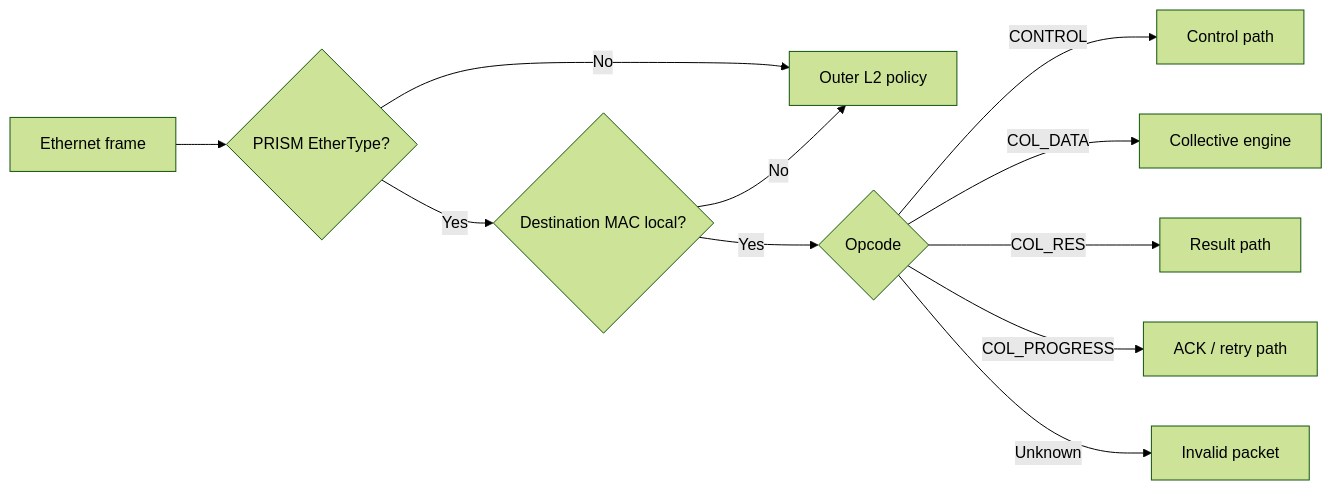
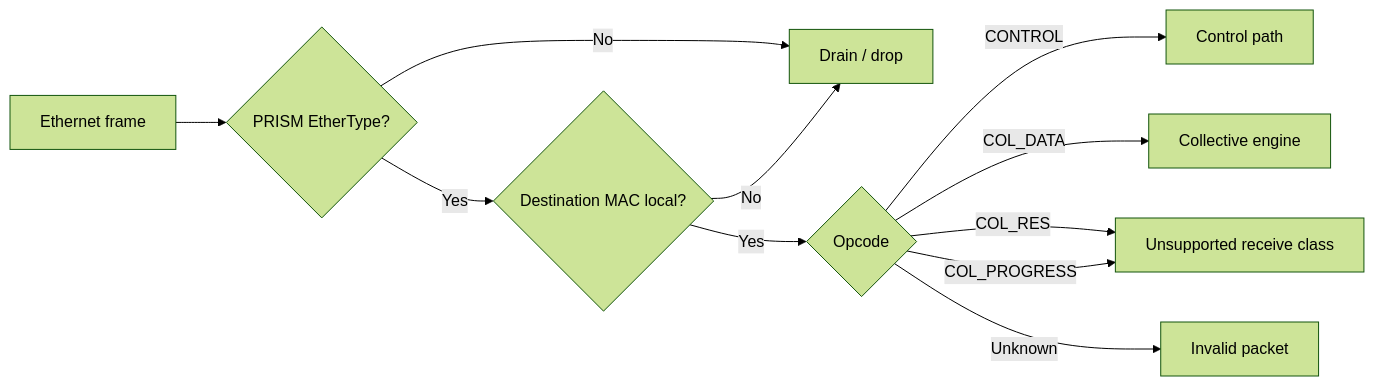
The first of 8 diagrams in docs/chapters/3-architecture/1.protocol.md (uniquadev/prism), drawn with Mermaid (forest theme) before and after one commit. The commit also changed other lines of this file and 227 other files, not shown here.

````diff
--- a/docs/chapters/3-architecture/1.protocol.md
+++ b/docs/chapters/3-architecture/1.protocol.md
@@ -46,13 +47,13 @@
 ```mermaid
 flowchart LR
     RX["Ethernet frame"] --> ET{"PRISM EtherType?"}
-    ET -->|No| L2["Outer L2 policy"]
+    ET -->|No| DROP["Drain / drop"]
     ET -->|Yes| OWN{"Destination MAC local?"}
-    OWN -->|No| L2
+    OWN -->|No| DROP
     OWN -->|Yes| OP{"Opcode"}
     OP -->|CONTROL| CTRL["Control path"]
     OP -->|COL_DATA| DATA["Collective engine"]
-    OP -->|COL_RES| RES["Result path"]
-    OP -->|COL_PROGRESS| ACK["ACK / retry path"]
+    OP -->|COL_RES| UNSUP["Unsupported receive class"]
+    OP -->|COL_PROGRESS| UNSUP
     OP -->|Unknown| BAD["Invalid packet"]
 ```
````
